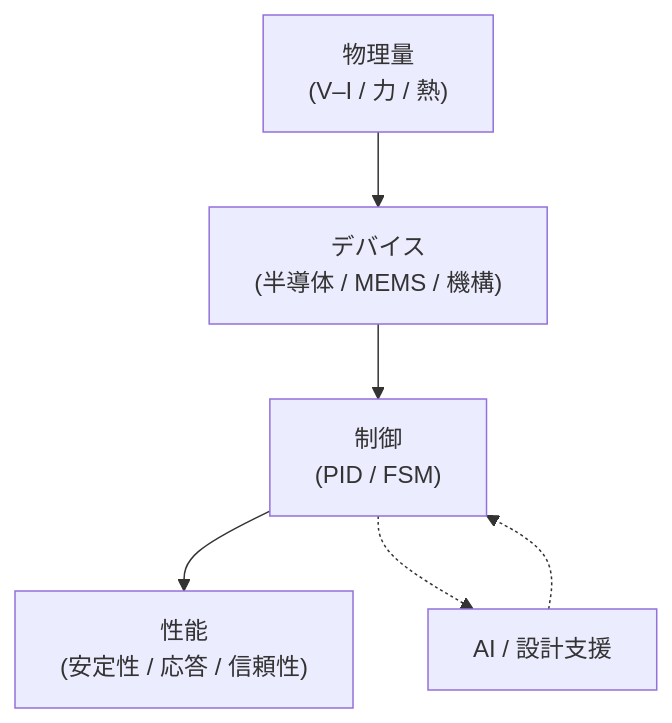
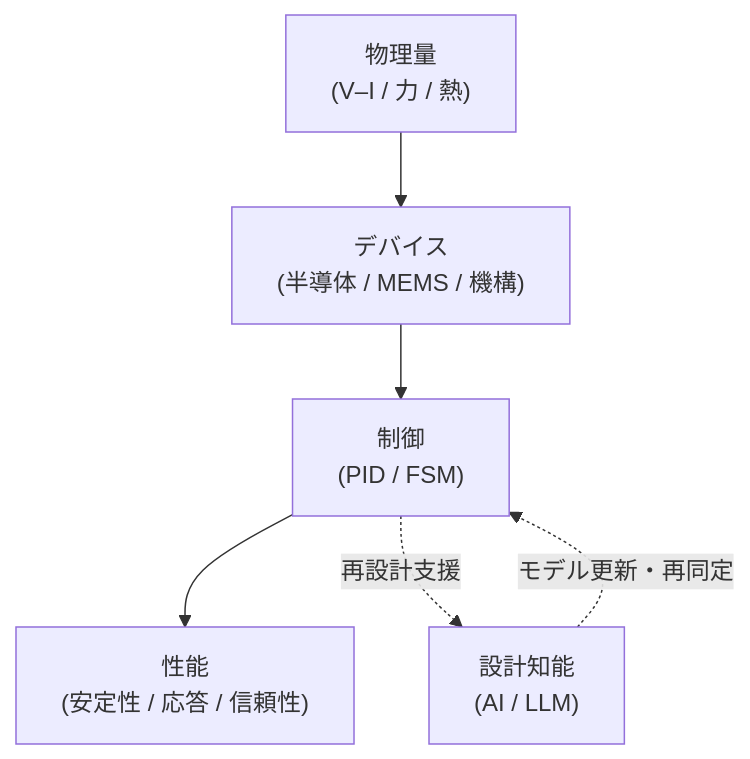
One commit to Samizo-AITL/Samizo-AITL.github.io changed the diagram in index.md. Above: the diagram before and after it, drawn with Mermaid. The commit also changed other lines of this file, not shown here.

````diff
--- a/index.md
+++ b/index.md
@@ -30,14 +30,14 @@
 ```mermaid
 flowchart TD
     P["物理量<br>(V–I / 力 / 熱)"]
     D["デバイス<br>(半導体 / MEMS / 機構)"]
     C["制御<br>(PID / FSM)"]
-    A["AI / 設計支援"]
+    A["設計知能<br>(AI / LLM)"]
     S["性能<br>(安定性 / 応答 / 信頼性)"]
 
     P --> D
     D --> C
     C --> S
-    C -.-> A
-    A -.-> C
+    C -. 再設計支援 .-> A
+    A -. モデル更新・再同定 .-> C
 ```
````
